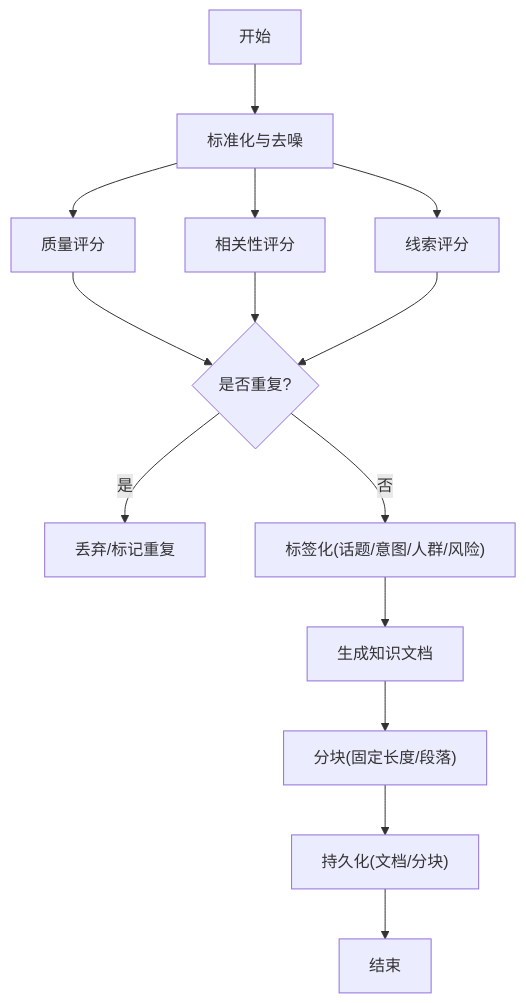
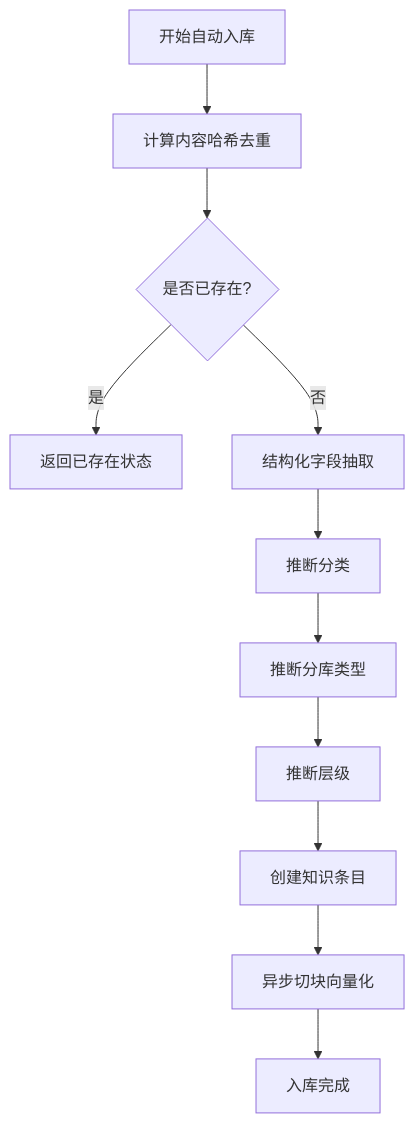
One commit to dream-ze/AI_huoke- changed the third of 6 diagrams in .qoder/repowiki/zh/content/知识管理体系/知识管理体系.md. Above: the diagram before and after it, drawn with Mermaid. The commit also changed other lines of this file and 25 other files, not shown here.

````diff
--- a/.qoder/repowiki/zh/content/知识管理体系/知识管理体系.md
+++ b/.qoder/repowiki/zh/content/知识管理体系/知识管理体系.md
@@ -166,16 +175,13 @@
 ```mermaid
 flowchart TD
-S["开始"] --> N["标准化与去噪"]
-N --> Q["质量评分"]
-N --> R["相关性评分"]
-N --> L["线索评分"]
-Q --> DUPE{"是否重复?"}
-R --> DUPE
-L --> DUPE
-DUPE --> |是| END1["丢弃/标记重复"]
-DUPE --> |否| TAG["标签化(话题/意图/人群/风险)"]
-TAG --> DOC["生成知识文档"]
-DOC --> CHUNK["分块(固定长度/段落)"]
-CHUNK --> STORE["持久化(文档/分块)"]
-STORE --> END2["结束"]
+S["开始自动入库"] --> H["计算内容哈希去重"]
+H --> E{"是否已存在?"}
+E --> |是| R["返回已存在状态"]
+E --> |否| X["结构化字段抽取"]
+X --> C["推断分类"]
+C --> LT["推断分库类型"]
+LT --> L["推断层级"]
+L --> K["创建知识条目"]
+K --> CH["异步切块向量化"]
+CH --> OK["入库完成"]
 ```
````
